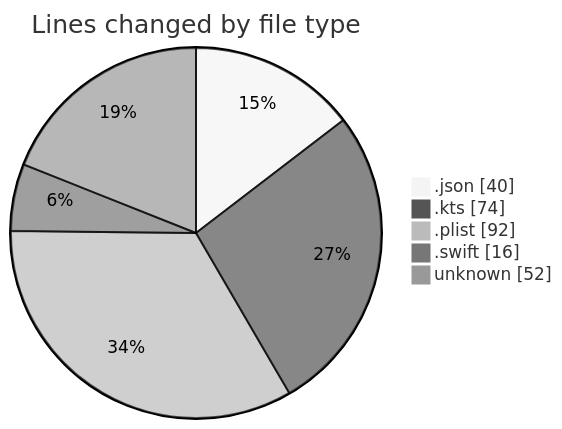
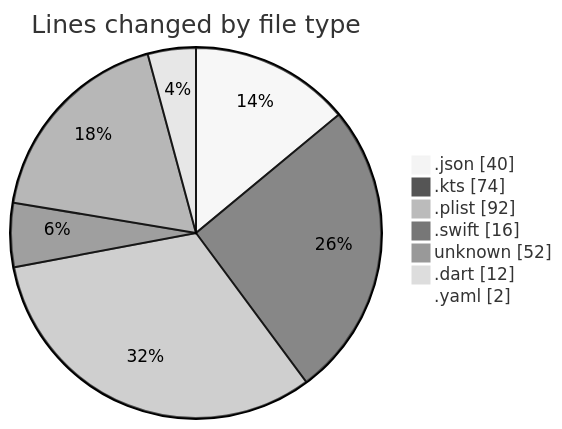
Before and after one commit to lephambinh05/code-tracking: the first of 2 diagrams in 2025-09-02/20m/README.md, drawn with Mermaid (neutral theme). The commit also changed other lines of this file and 1 other file, not shown here.

````diff
--- a/2025-09-02/20m/README.md
+++ b/2025-09-02/20m/README.md
@@ -26,9 +29,11 @@
 ```mermaid
 pie showData
 title Lines changed by file type
 ".json" : 40
 ".kts" : 74
 ".plist" : 92
 ".swift" : 16
 "unknown" : 52
+".dart" : 12
+".yaml" : 2
 ```
````
